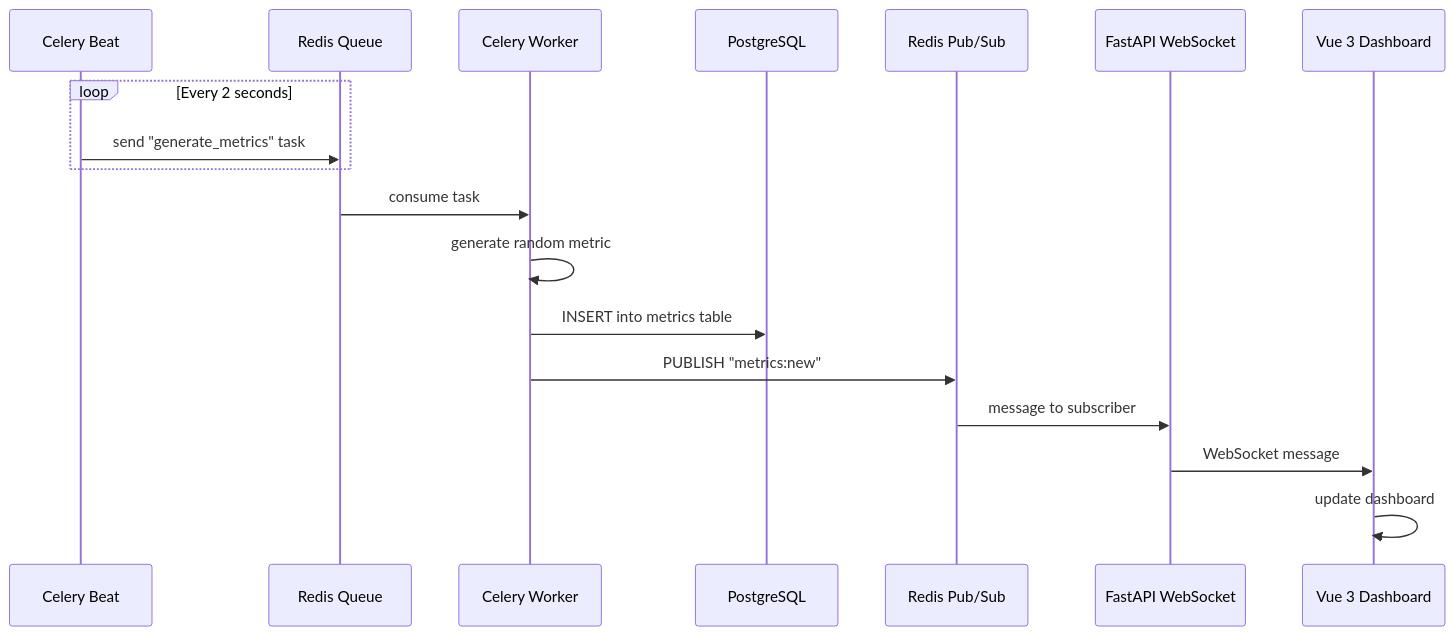
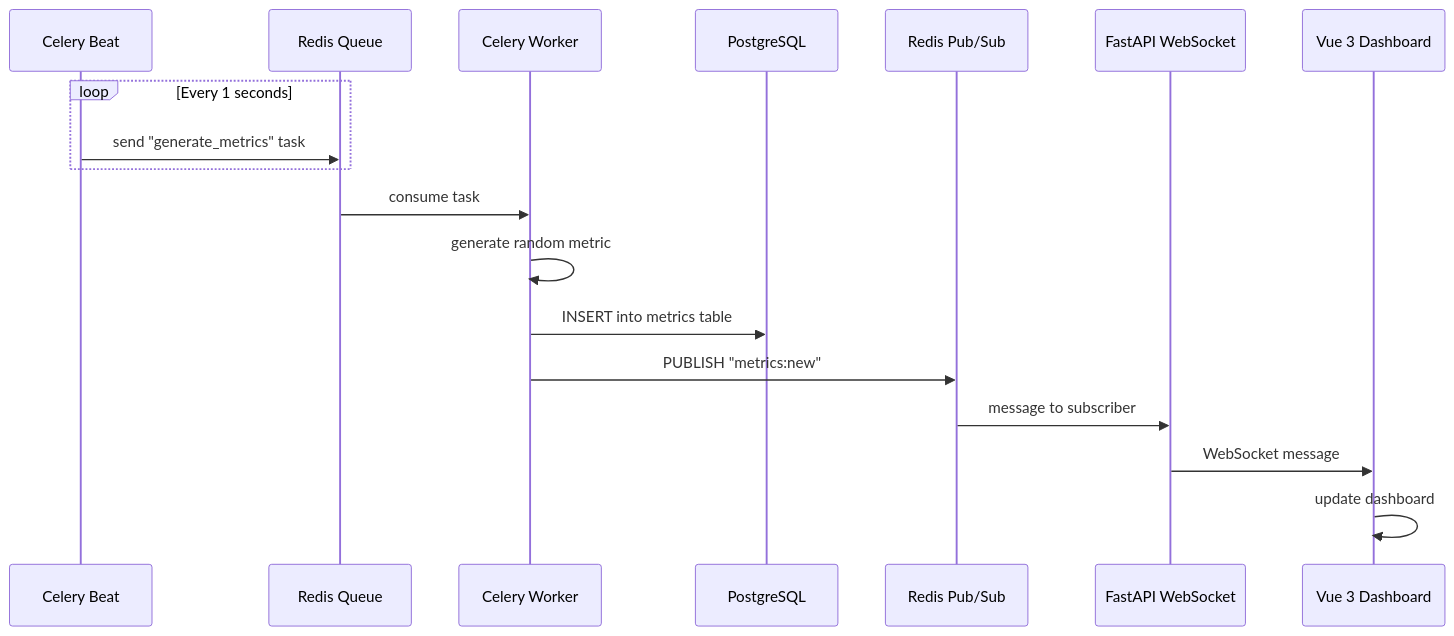
The second of 3 diagrams in README.md (artemmj/realtime-metrics-dashboard), drawn with Mermaid before and after one commit. The commit also changed other lines of this file and 3 other files, not shown here.

````diff
--- a/README.md
+++ b/README.md
@@ -33,22 +33,22 @@
 ```mermaid
 sequenceDiagram
     participant Beat as Celery Beat
     participant Queue as Redis Queue
     participant Worker as Celery Worker
     participant DB as PostgreSQL
     participant PubSub as Redis Pub/Sub
     participant API as FastAPI WebSocket
     participant UI as Vue 3 Dashboard
 
-    loop Every 2 seconds
+    loop Every 1 seconds
         Beat->>Queue: send "generate_metrics" task
     end
 
     Queue->>Worker: consume task
     Worker->>Worker: generate random metric
     Worker->>DB: INSERT into metrics table
     Worker->>PubSub: PUBLISH "metrics:new"
     PubSub->>API: message to subscriber
     API->>UI: WebSocket message
     UI->>UI: update dashboard
 ```
````
